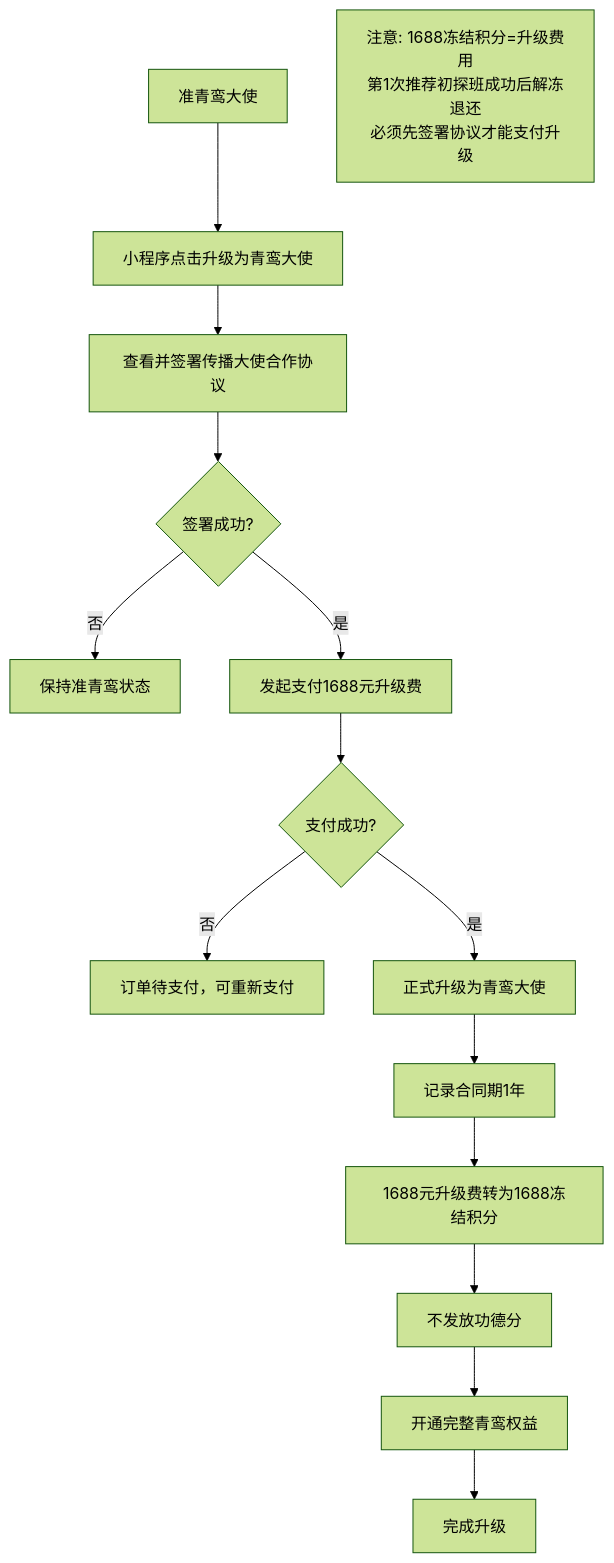
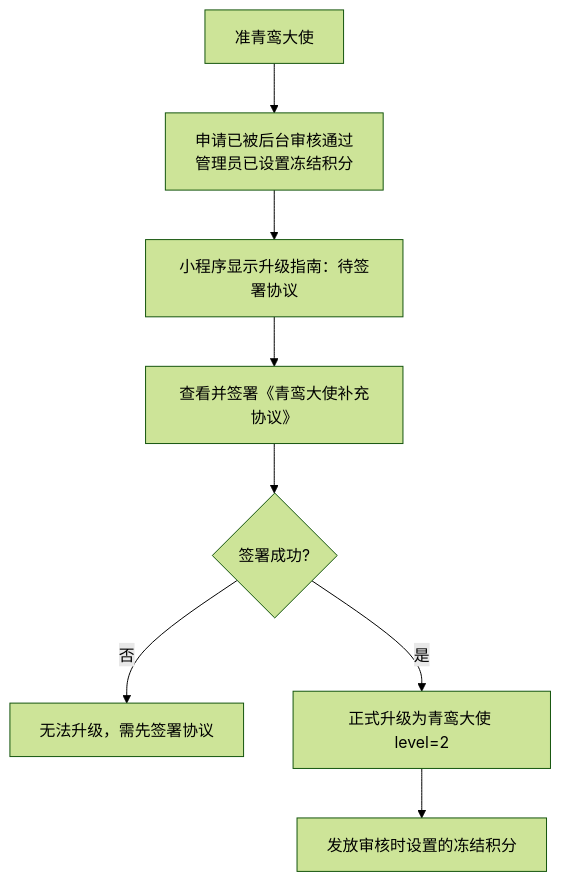
One commit to richenHe/tiandaowenhua_xcx changed the tenth of 21 diagrams in 需求文档-V2.md. Above: the diagram before and after it, drawn with Mermaid (forest theme). The commit also changed other lines of this file and 5686 other files, not shown here.

````diff
--- a/需求文档-V2.md
+++ b/需求文档-V2.md
@@ -1193,18 +1297,10 @@
 ```mermaid
 flowchart TD
-    A[准青鸾大使] --> B[小程序点击升级为青鸾大使]
-    B --> C[查看并签署传播大使合作协议]
-    C --> D{签署成功?}
-    D -->|否| E[保持准青鸾状态]
-    D -->|是| F[发起支付1688元升级费]
-    F --> G{支付成功?}
-    G -->|否| H[订单待支付，可重新支付]
-    G -->|是| I[正式升级为青鸾大使]
-    I --> J[记录合同期1年]
-    J --> K[1688元升级费转为1688冻结积分]
-    K --> L[不发放功德分]
-    L --> M[开通完整青鸾权益]
-    M --> N[完成升级]
-    
-    note1[注意: 1688冻结积分=升级费用<br/>第1次推荐初探班成功后解冻退还<br/>必须先签署协议才能支付升级]
+    A[准青鸾大使] --> B[申请已被后台审核通过<br/>管理员已设置冻结积分]
+    B --> C[小程序显示升级指南：待签署协议]
+    C --> D[查看并签署《青鸾大使补充协议》]
+    D --> E{签署成功?}
+    E -->|否| F[无法升级，需先签署协议]
+    E -->|是| G[正式升级为青鸾大使 level=2]
+    G --> H[发放审核时设置的冻结积分]
 ```
````
